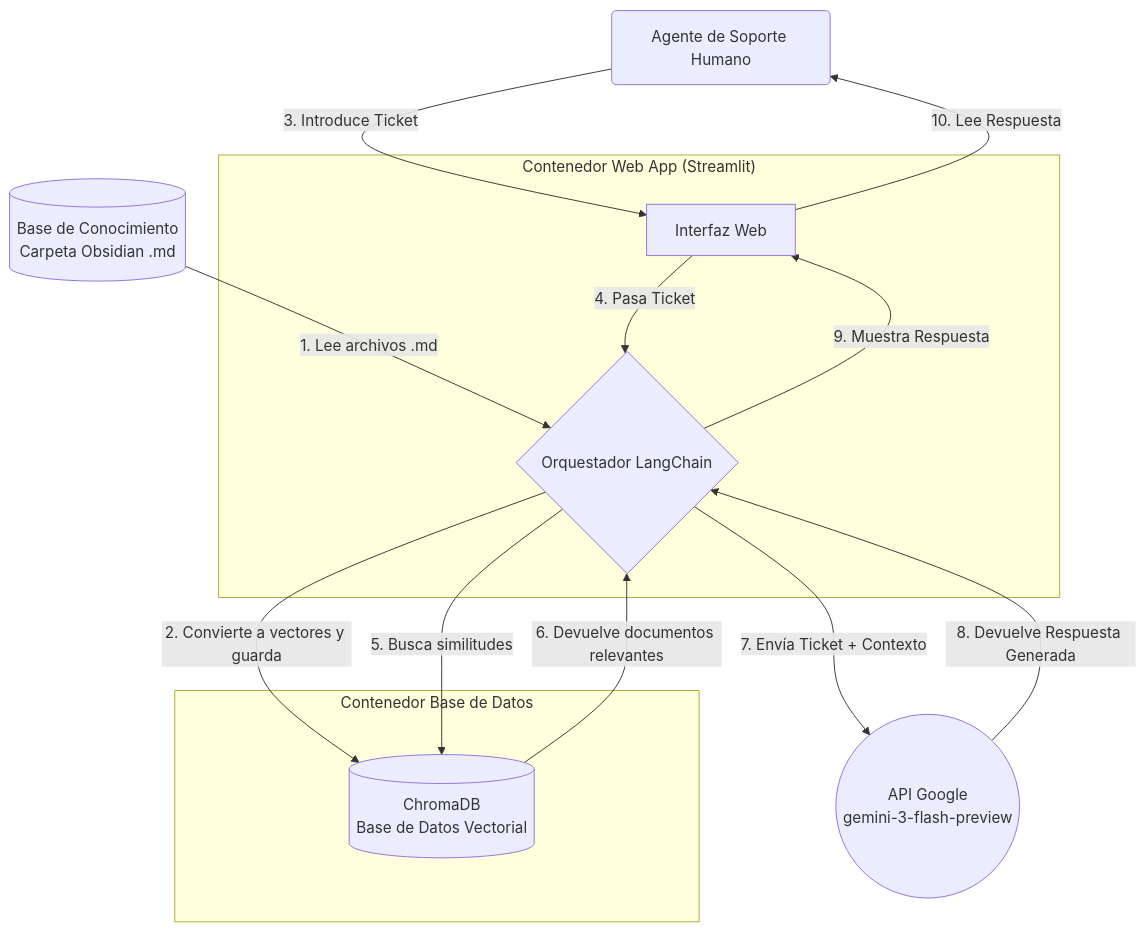
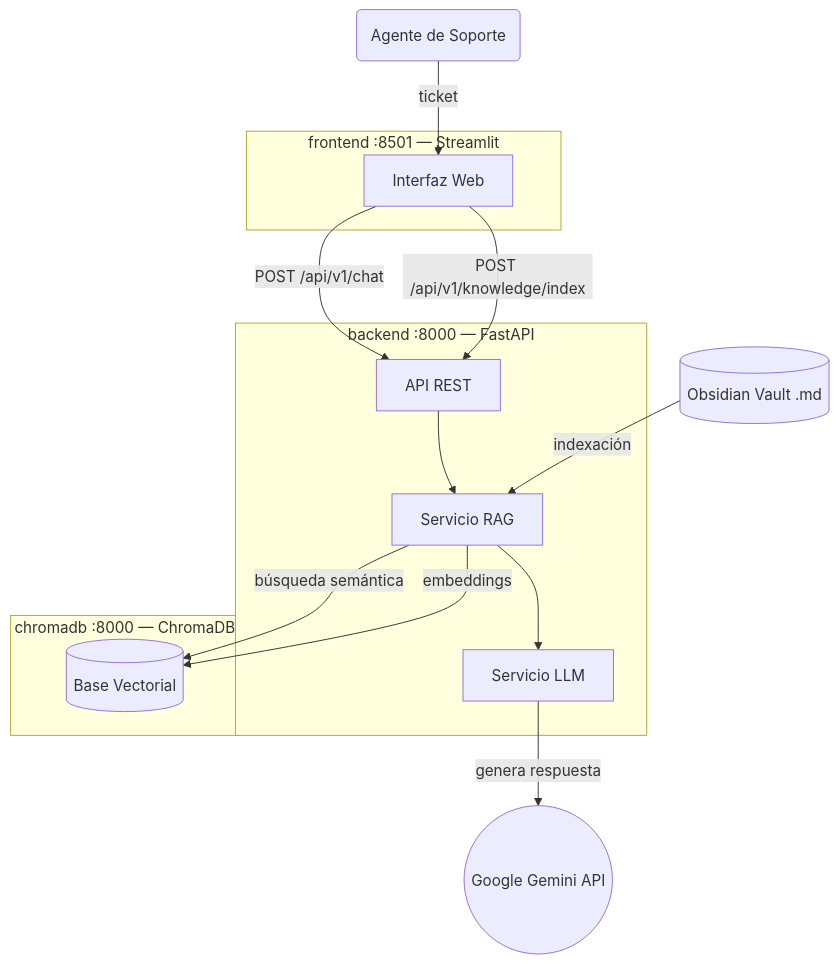
Before and after one commit to davidsmh23/soporte-inteligente-rag: the diagram in Readme.md, drawn with Mermaid. The commit also changed other lines of this file and 23 other files, not shown here.

````diff
--- a/Readme.md
+++ b/Readme.md
@@ -34,31 +38,30 @@
 ```mermaid
 graph TD
-    %% Entidades Externas
-    Agente(Agente de Soporte Humano)
-    Obsidian[(Base de Conocimiento<br>Carpeta Obsidian .md)]
-    API_Gemini((API Google<br>gemini-3-flash-preview))
+    Agente(Agente de Soporte)
+    Obsidian[(Obsidian Vault .md)]
+    GeminiAPI((Google Gemini API))
 
-    %% Componentes del Sistema (Docker)
-    subgraph "Contenedor Web App (Streamlit)"
-        Interfaz[Interfaz Web]
-        LangChain{Orquestador LangChain}
+    subgraph "frontend :8501 — Streamlit"
+        UI[Interfaz Web]
     end
 
-    subgraph "Contenedor Base de Datos"
-        ChromaDB[(ChromaDB<br>Base de Datos Vectorial)]
+    subgraph "backend :8000 — FastAPI"
+        API[API REST]
+        RAG[Servicio RAG]
+        LLM[Servicio LLM]
     end
 
-    %% Flujo de Ingesta
-    Obsidian -- 1. Lee archivos .md --> LangChain
-    LangChain -- 2. Convierte a vectores y guarda --> ChromaDB
+    subgraph "chromadb :8000 — ChromaDB"
+        VDB[(Base Vectorial)]
+    end
 
-    %% Flujo de Consulta
-    Agente -- 3. Introduce Ticket --> Interfaz
-    Interfaz -- 4. Pasa Ticket --> LangChain
-    LangChain -- 5. Busca similitudes --> ChromaDB
-    ChromaDB -- 6. Devuelve documentos relevantes --> LangChain
-    LangChain -- 7. Envía Ticket + Contexto --> API_Gemini
-    API_Gemini -- 8. Devuelve Respuesta Generada --> LangChain
-    LangChain -- 9. Muestra Respuesta --> Interfaz
-    Interfaz -- 10. Lee Respuesta --> Agente
+    Agente -- ticket --> UI
+    UI -- POST /api/v1/chat --> API
+    UI -- POST /api/v1/knowledge/index --> API
+    API --> RAG
+    RAG --> LLM
+    RAG -- búsqueda semántica --> VDB
+    LLM -- genera respuesta --> GeminiAPI
+    Obsidian -- indexación --> RAG
+    RAG -- embeddings --> VDB
 ```
````
